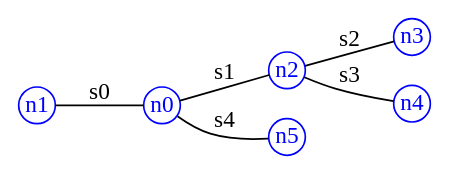
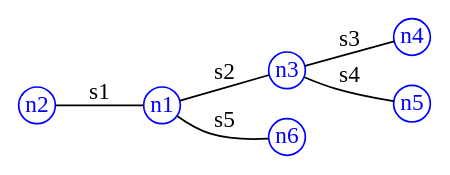
The diagram in images/tree.dot (eth-cscs/coreneuron-analysis), drawn with Graphviz before and after one commit. The commit also changed 3 other files, not shown here.

```diff
--- a/images/tree.dot
+++ b/images/tree.dot
@@ -1,11 +1,11 @@
 Digraph G{
     node [shape=circle, fontcolor=Blue, color=Blue, width=0.3, fixedsize=true]; // use box for everything
     edge [arrowhead=none, splines=false];
 
     rankdir=LR;
-    n1 -> n0 [label="s0"];
-    n0 -> n2 [label="s1"];
-    n2 -> n3 [label="s2"];
-    n2 -> n4 [label="s3"];
-    n0 -> n5 [label="s4"];
+    n2 -> n1 [label="s1"];
+    n1 -> n3 [label="s2"];
+    n3 -> n4 [label="s3"];
+    n3 -> n5 [label="s4"];
+    n1 -> n6 [label="s5"];
 }
```
